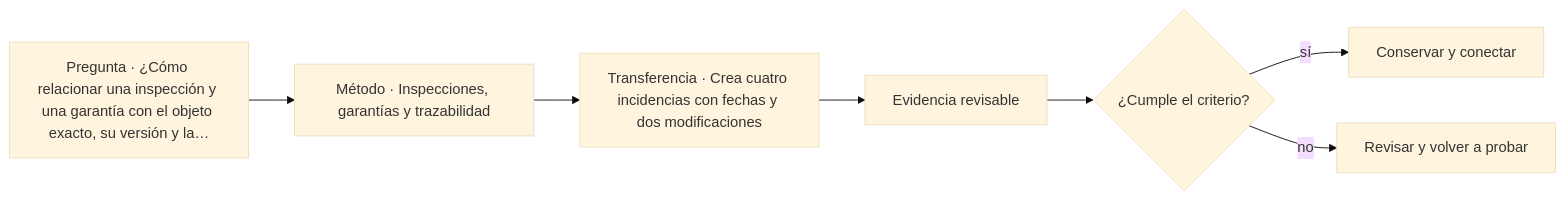
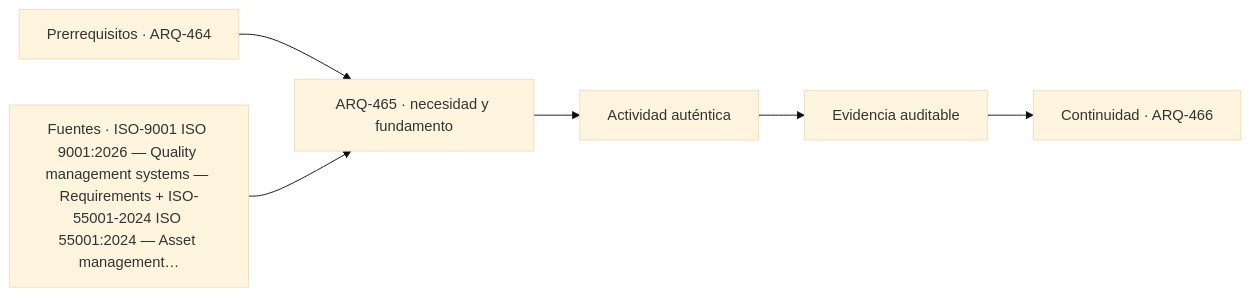
Before and after one commit to vladimiracunadev-create/architecture-built-environment-learning-program: the diagram in classes/parte-47/ARQ-465.md, drawn with Mermaid (base theme). The commit also changed other lines of this file and 761 other files, not shown here.

````diff
--- a/classes/parte-47/ARQ-465.md
+++ b/classes/parte-47/ARQ-465.md
@@ -75,9 +87,8 @@
 ```mermaid
 flowchart LR
-    Q["Pregunta · ¿Cómo relacionar una inspección y una garantía con el objeto exacto, su versión y la…"] --> M["Método · Inspecciones, garantías y trazabilidad"]
-    M --> P["Transferencia · Crea cuatro incidencias con fechas y dos modificaciones"]
-    P --> E["Evidencia revisable"]
-    E --> C{"¿Cumple el criterio?"}
-    C -->|sí| T["Conservar y conectar"]
-    C -->|no| R["Revisar y volver a probar"]
+    A["Prerrequisitos · ARQ-464"] --> B["ARQ-465 · necesidad y fundamento"]
+    S["Fuentes · ISO-9001 ISO 9001:2026 — Quality management systems — Requirements + ISO-55001-2024 ISO 55001:2024 — Asset management…"] --> B
+    B --> C["Actividad auténtica"]
+    C --> D["Evidencia auditable"]
+    D --> E["Continuidad · ARQ-466"]
 ```
````
